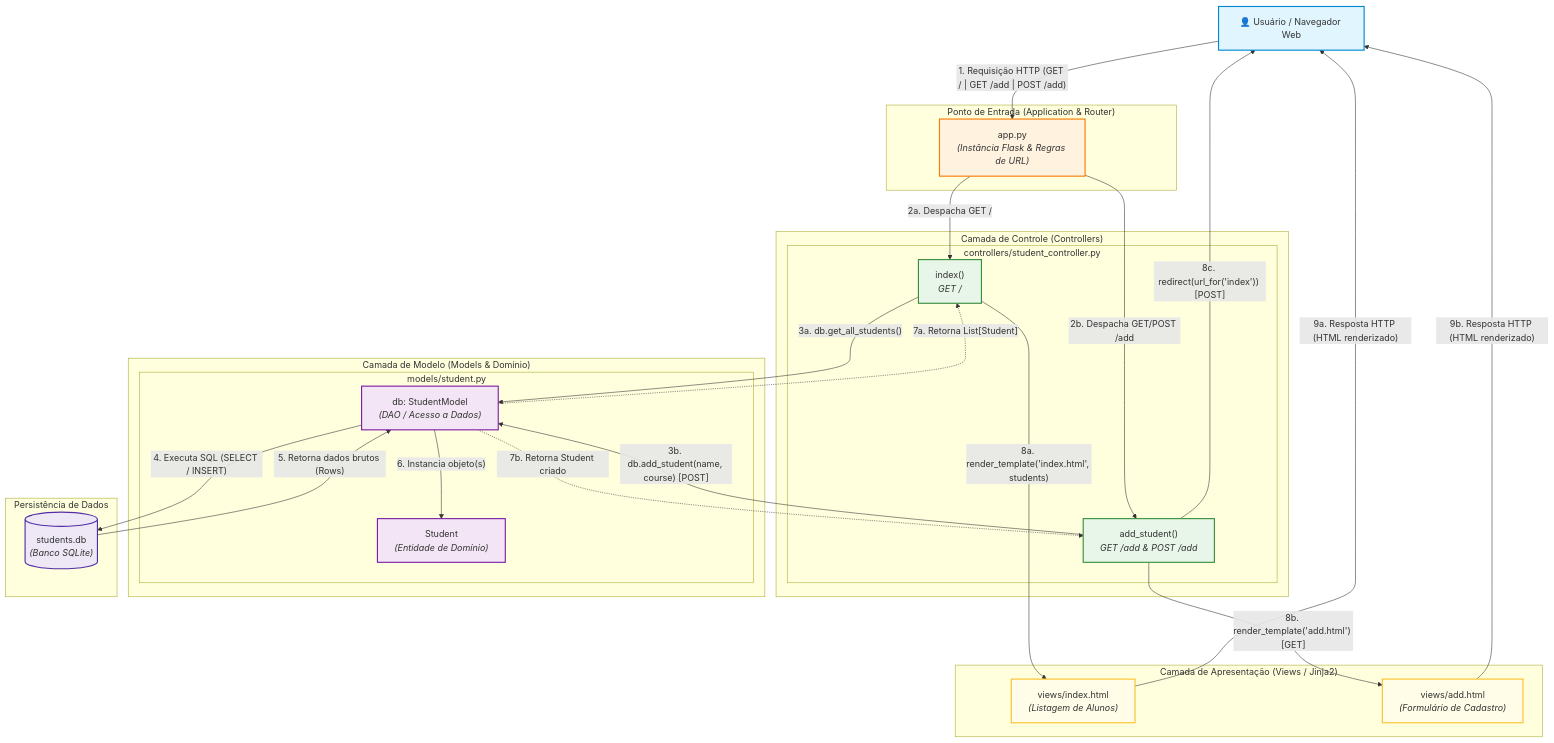
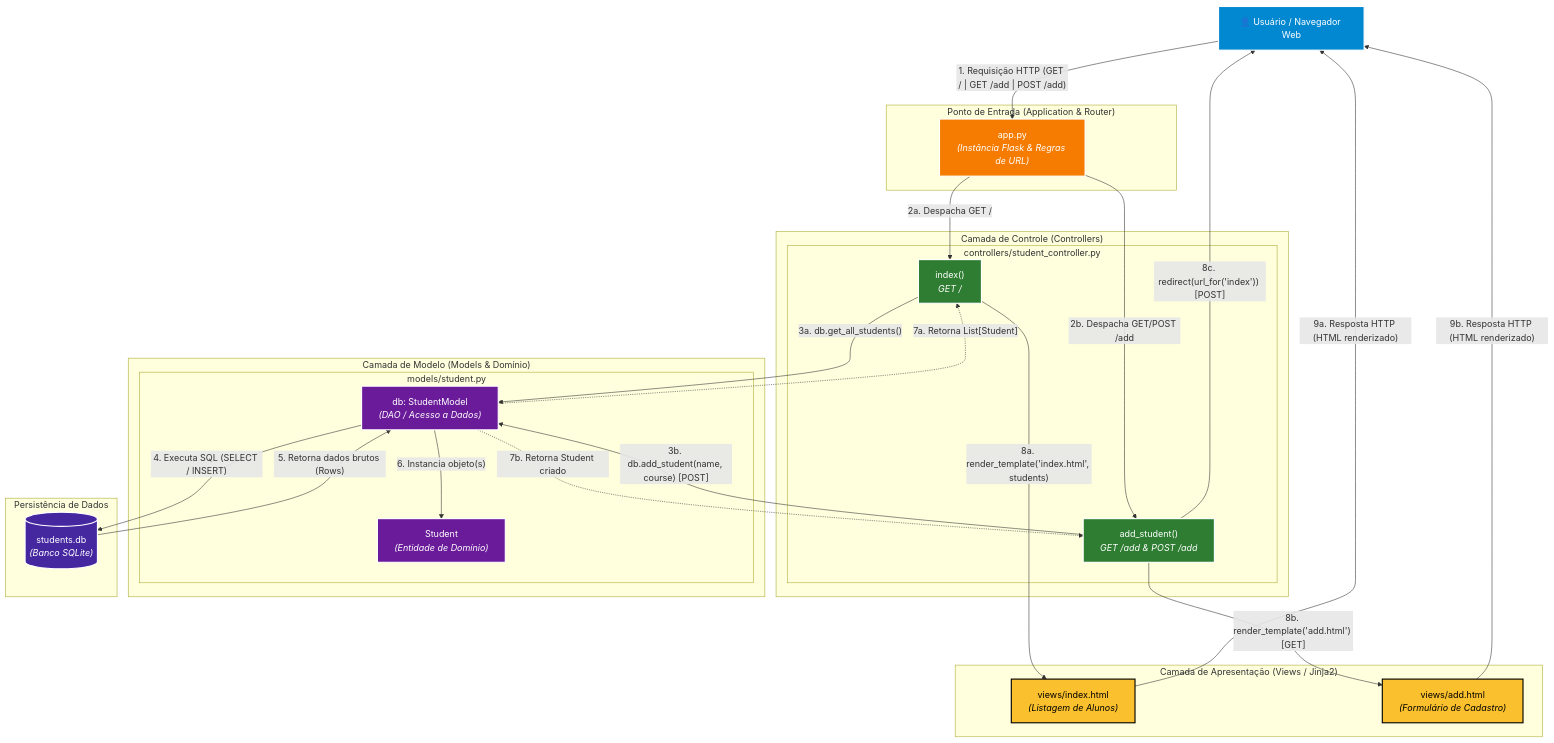
The first of 7 diagrams in atv-02-mvc/docs/DIAGRAMA_ARQUITETURAL.md (LibnaRaffaely/PAS-Faculdade), drawn with Mermaid before and after one commit.

Commit message:
feat: melhoria das cores diagrama

````diff
--- a/atv-02-mvc/docs/DIAGRAMA_ARQUITETURAL.md
+++ b/atv-02-mvc/docs/DIAGRAMA_ARQUITETURAL.md
@@ -9,73 +9,73 @@
 ```mermaid
 graph TD
     Client["👤 Usuário / Navegador Web"]
 
     subgraph EntryPoint["Ponto de Entrada (Application & Router)"]
         App["app.py<br/><i>(Instância Flask & Regras de URL)</i>"]
     end
 
     subgraph ControllerLayer["Camada de Controle (Controllers)"]
         subgraph StudentCtrl["controllers/student_controller.py"]
             CtrlIndex["index()<br/><i>GET /</i>"]
             CtrlAdd["add_student()<br/><i>GET /add & POST /add</i>"]
         end
     end
 
     subgraph ModelLayer["Camada de Modelo (Models & Domínio)"]
         subgraph StudentModule["models/student.py"]
             DBInstance["db: StudentModel<br/><i>(DAO / Acesso a Dados)</i>"]
             StudentEntity["Student<br/><i>(Entidade de Domínio)</i>"]
         end
     end
 
     subgraph StorageLayer["Persistência de Dados"]
         DB[("students.db<br/><i>(Banco SQLite)</i>")]
     end
 
     subgraph ViewLayer["Camada de Apresentação (Views / Jinja2)"]
         ViewIndex["views/index.html<br/><i>(Listagem de Alunos)</i>"]
         ViewAdd["views/add.html<br/><i>(Formulário de Cadastro)</i>"]
     end
 
     %% 1. Requisição do Usuário
     Client -->|"1. Requisição HTTP (GET / | GET /add | POST /add)"| App
 
     %% 2. Roteamento para Controllers
     App -->|"2a. Despacha GET /"| CtrlIndex
     App -->|"2b. Despacha GET/POST /add"| CtrlAdd
 
     %% 3. Controller interagindo com Model
     CtrlIndex -->|"3a. db.get_all_students()"| DBInstance
     CtrlAdd -->|"3b. db.add_student(name, course) [POST]"| DBInstance
 
     %% 4. Model interagindo com SQLite e Entidade
     DBInstance -->|"4. Executa SQL (SELECT / INSERT)"| DB
     DB -->|"5. Retorna dados brutos (Rows)"| DBInstance
     DBInstance -->|"6. Instancia objeto(s)"| StudentEntity
     DBInstance -.->|"7a. Retorna List[Student]"| CtrlIndex
     DBInstance -.->|"7b. Retorna Student criado"| CtrlAdd
 
     %% 8. Controller renderizando Views ou Redirecionando
     CtrlIndex -->|"8a. render_template('index.html', students)"| ViewIndex
     CtrlAdd -->|"8b. render_template('add.html') [GET]"| ViewAdd
     CtrlAdd -->|"8c. redirect(url_for('index')) [POST]"| Client
 
     %% 9. Resposta HTML final ao cliente
     ViewIndex -->|"9a. Resposta HTTP (HTML renderizado)"| Client
     ViewAdd -->|"9b. Resposta HTTP (HTML renderizado)"| Client
 
     %% Estilos visuais
-    classDef clientStyle fill:#e1f5fe,stroke:#0288d1,stroke-width:2px;
-    classDef routerStyle fill:#fff3e0,stroke:#f57c00,stroke-width:2px;
-    classDef controllerStyle fill:#e8f5e9,stroke:#388e3c,stroke-width:2px;
-    classDef modelStyle fill:#f3e5f5,stroke:#7b1fa2,stroke-width:2px;
-    classDef viewStyle fill:#fffde7,stroke:#fbc02d,stroke-width:2px;
-    classDef dbStyle fill:#ede7f6,stroke:#512da8,stroke-width:2px;
+    classDef clientStyle fill:#0288d1,stroke:#ffffff,stroke-width:2px,color:#ffffff;
+    classDef routerStyle fill:#f57c00,stroke:#ffffff,stroke-width:2px,color:#ffffff;
+    classDef controllerStyle fill:#2e7d32,stroke:#ffffff,stroke-width:2px,color:#ffffff;
+    classDef modelStyle fill:#6a1b9a,stroke:#ffffff,stroke-width:2px,color:#ffffff;
+    classDef viewStyle fill:#fbc02d,stroke:#000000,stroke-width:2px,color:#000000;
+    classDef dbStyle fill:#4527a0,stroke:#ffffff,stroke-width:2px,color:#ffffff;
 
     class Client clientStyle;
     class App routerStyle;
     class CtrlIndex,CtrlAdd controllerStyle;
     class DBInstance,StudentEntity modelStyle;
     class ViewIndex,ViewAdd viewStyle;
     class DB dbStyle;
 ```
````
